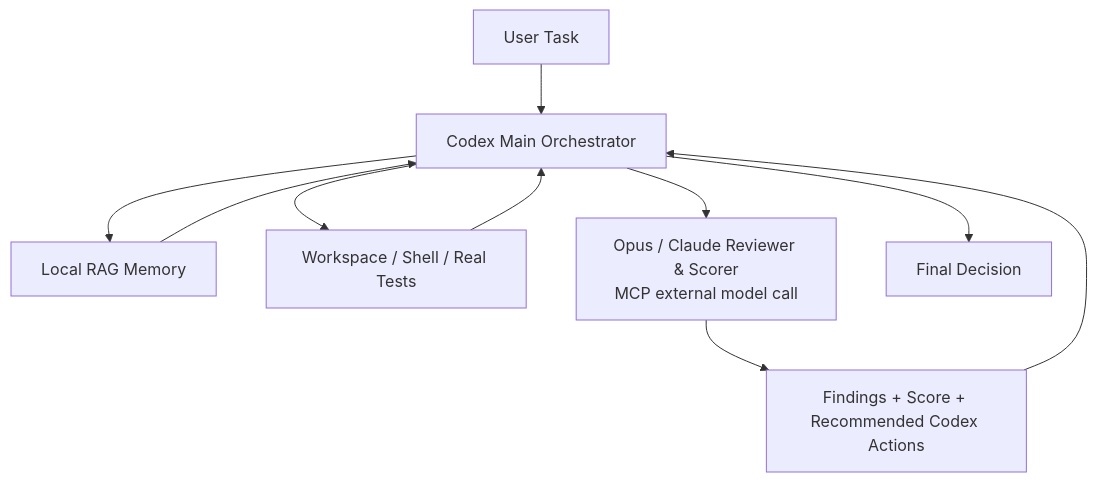
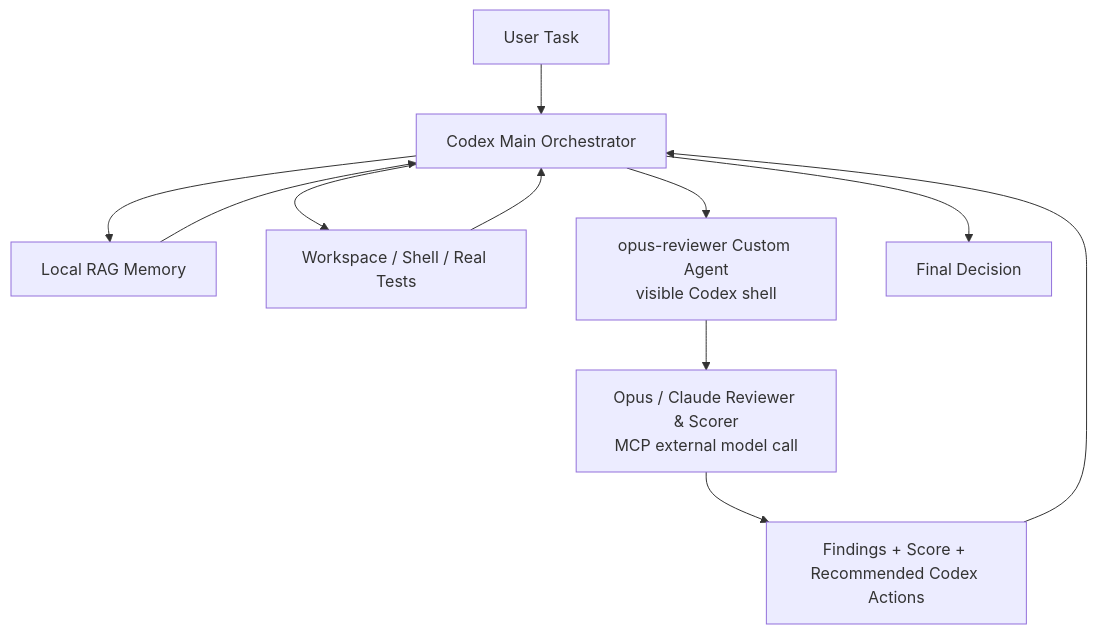
One commit to su94-X/AI-Agent-Swarm changed the diagram in README.md. Above: the diagram before and after it, drawn with Mermaid. The commit also changed other lines of this file and 13 other files, not shown here.

Commit message:
Require Lite reviewer agent to invoke MCP review tools

````diff
--- a/README.md
+++ b/README.md
@@ -78,12 +85,13 @@
 ```mermaid
 flowchart TD
   U["User Task"] --> C["Codex Main Orchestrator"]
   C --> R["Local RAG Memory"]
   C --> W["Workspace / Shell / Real Tests"]
-  C --> O["Opus / Claude Reviewer & Scorer<br/>MCP external model call"]
+  C --> A["opus-reviewer Custom Agent<br/>visible Codex shell"]
+  A --> O["Opus / Claude Reviewer & Scorer<br/>MCP external model call"]
   O --> F["Findings + Score + Recommended Codex Actions"]
   F --> C
   W --> C
   R --> C
   C --> D["Final Decision"]
 ```
````
